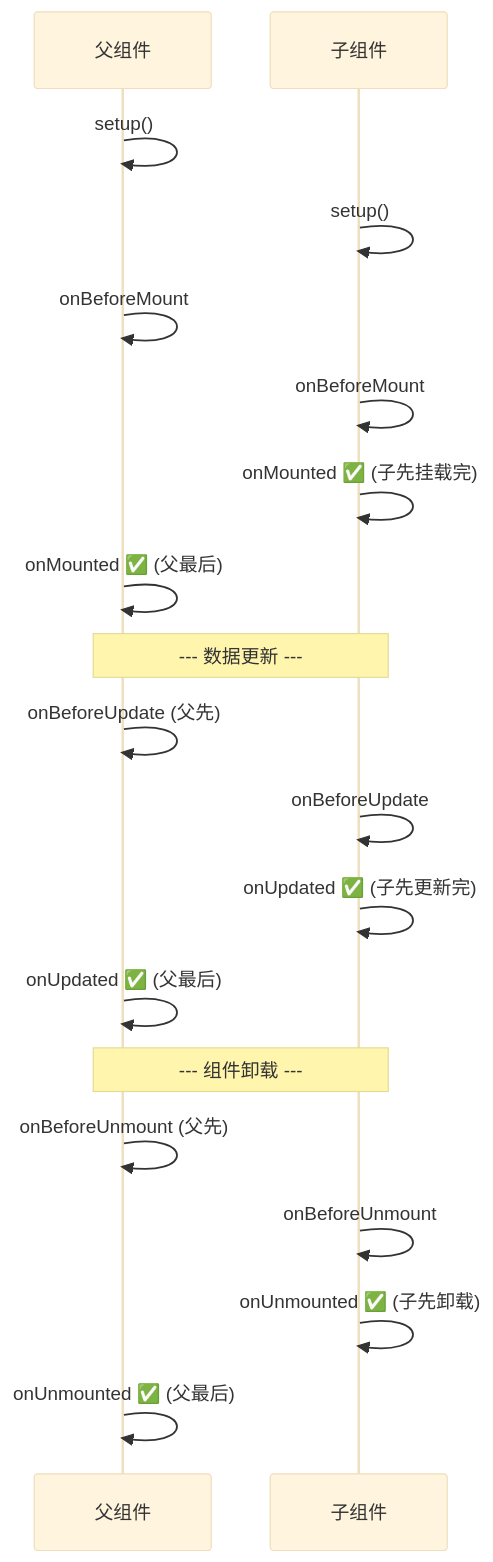
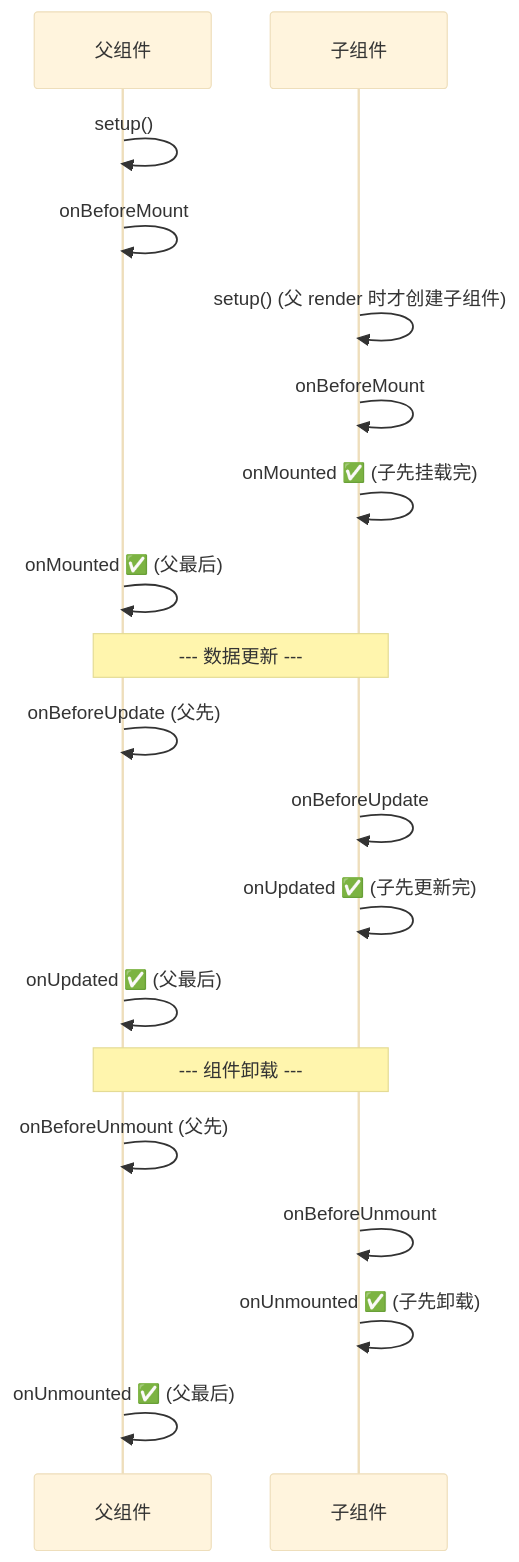
One commit to zjh42139/interview-notes changed the second of 2 diagrams in docs/Vue3/lifecycle.md. Above: the diagram before and after it, drawn with Mermaid (base theme). The commit also changed 118 other files, not shown here.

````diff
--- a/docs/Vue3/lifecycle.md
+++ b/docs/Vue3/lifecycle.md
@@ -70,26 +70,26 @@
 ```mermaid
 sequenceDiagram
     participant Parent as 父组件
     participant Child as 子组件
 
     Parent->>Parent: setup()
-    Child->>Child: setup()
     Parent->>Parent: onBeforeMount
+    Child->>Child: setup() (父 render 时才创建子组件)
     Child->>Child: onBeforeMount
     Child->>Child: onMounted ✅ (子先挂载完)
     Parent->>Parent: onMounted ✅ (父最后)
 
     Note over Parent,Child: --- 数据更新 ---
 
     Parent->>Parent: onBeforeUpdate (父先)
     Child->>Child: onBeforeUpdate
     Child->>Child: onUpdated ✅ (子先更新完)
     Parent->>Parent: onUpdated ✅ (父最后)
 
     Note over Parent,Child: --- 组件卸载 ---
 
     Parent->>Parent: onBeforeUnmount (父先)
     Child->>Child: onBeforeUnmount
     Child->>Child: onUnmounted ✅ (子先卸载)
     Parent->>Parent: onUnmounted ✅ (父最后)
 ```
````
